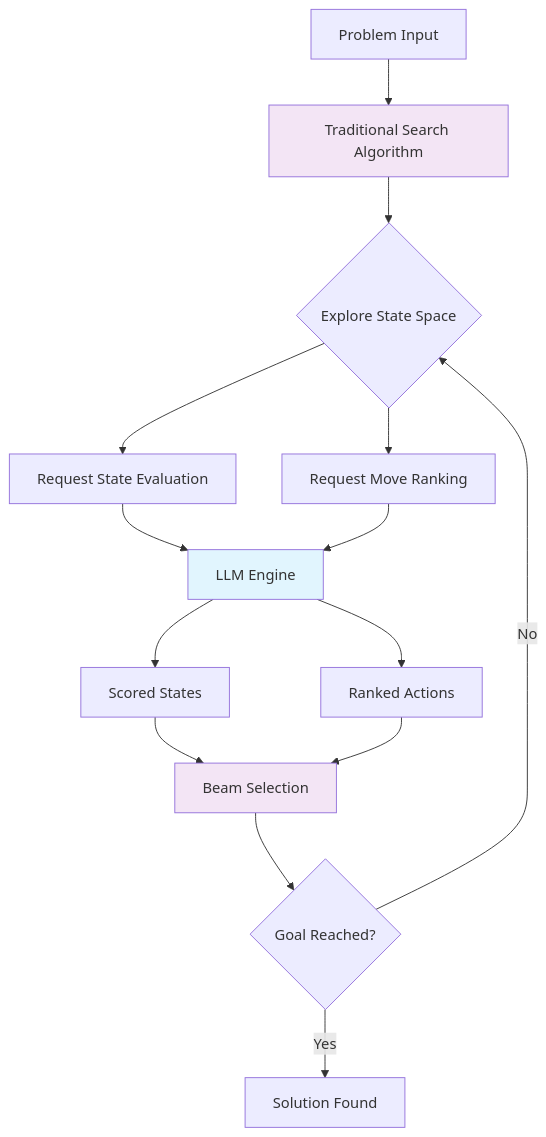
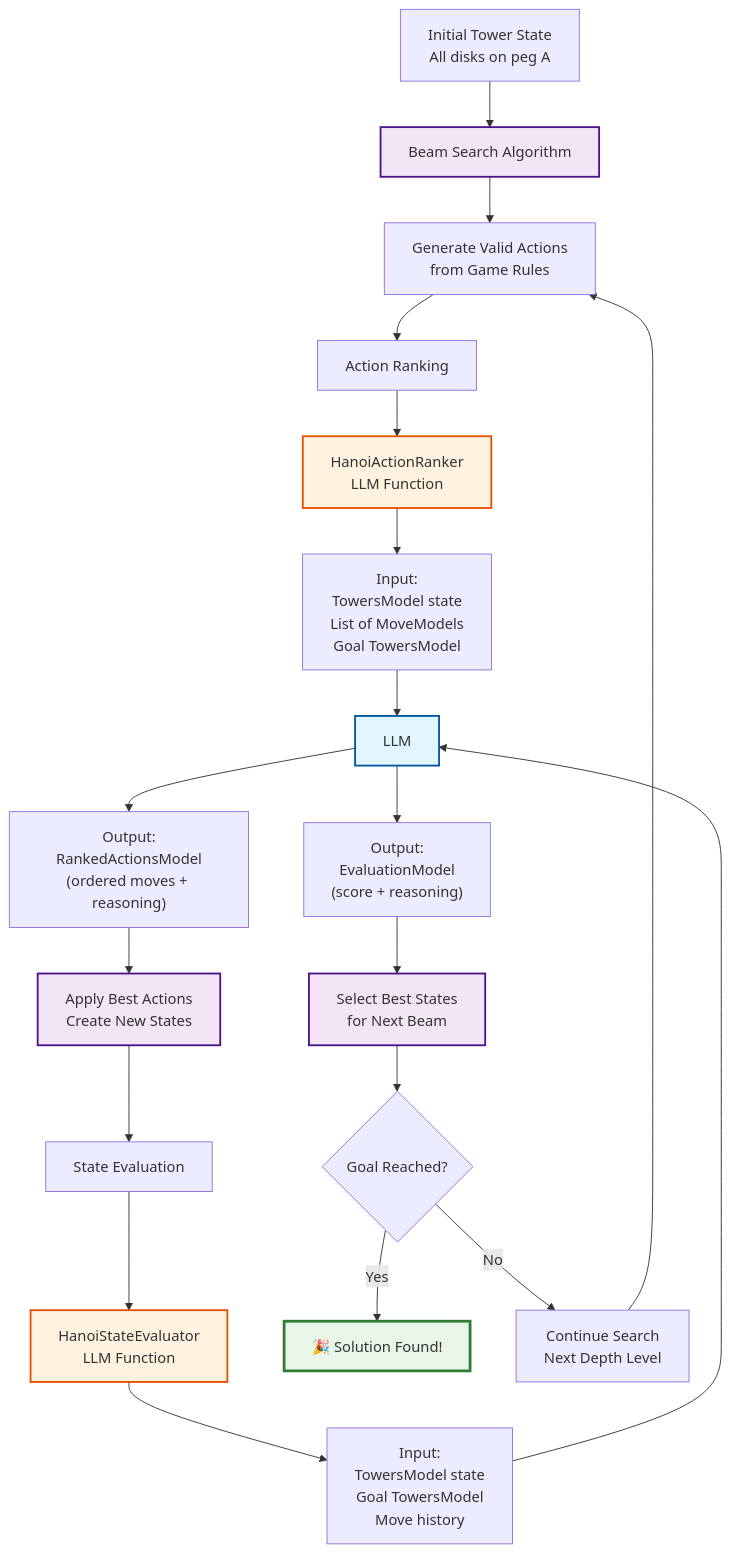
One commit to sardinois/llm_tower_of_haoi changed the second of 2 diagrams in blog.md. Above: the diagram before and after it, drawn with Mermaid. The commit also changed other lines of this file, not shown here.

````diff
--- a/blog.md
+++ b/blog.md
@@ -95,20 +164,37 @@
 ```mermaid
 graph TD
-    A[Problem Input] --> B[Traditional Search Algorithm]
-    B --> C{Explore State Space}
-    C --> D[Request State Evaluation]
-    C --> E[Request Move Ranking]
-    D --> F[LLM Engine]
-    E --> F
-    F --> G[Scored States]
-    F --> H[Ranked Actions]
-    G --> I[Beam Selection]
-    H --> I
-    I --> J{Goal Reached?}
-    J -->|No| C
-    J -->|Yes| K[Solution Found]
+    A[Initial Tower State<br/>All disks on peg A] --> B[Beam Search Algorithm]
     
-    style F fill:#e1f5fe
-    style B fill:#f3e5f5
-    style I fill:#f3e5f5
+    B --> C[Generate Valid Actions<br/>from Game Rules]
+    C --> D[Action Ranking]
+    
+    D --> E[HanoiActionRanker<br/>LLM Function]
+    E --> F["Input:<br/>TowersModel state<br/>List of MoveModels<br/>Goal TowersModel"]
+    
+    F --> G[LLM]
+    G --> H["Output:<br/>RankedActionsModel<br/>(ordered moves + reasoning)"]
+    
+    H --> I[Apply Best Actions<br/>Create New States]
+    I --> J[State Evaluation]
+    
+    J --> K[HanoiStateEvaluator<br/>LLM Function]
+    K --> L["Input:<br/>TowersModel state<br/>Goal TowersModel<br/>Move history"]
+    
+    L --> G
+    G --> M["Output:<br/>EvaluationModel<br/>(score + reasoning)"]
+    
+    M --> N[Select Best States<br/>for Next Beam]
+    N --> O{Goal Reached?}
+    
+    O -->|Yes| P[🎉 Solution Found!]
+    O -->|No| Q[Continue Search<br/>Next Depth Level]
+    Q --> C
+    
+    style G fill:#e1f5fe,stroke:#01579b,stroke-width:2px
+    style E fill:#fff3e0,stroke:#e65100,stroke-width:2px
+    style K fill:#fff3e0,stroke:#e65100,stroke-width:2px
+    style B fill:#f3e5f5,stroke:#4a148c,stroke-width:2px
+    style I fill:#f3e5f5,stroke:#4a148c,stroke-width:2px
+    style N fill:#f3e5f5,stroke:#4a148c,stroke-width:2px
+    style P fill:#e8f5e8,stroke:#2e7d32,stroke-width:3px
 ```
````
